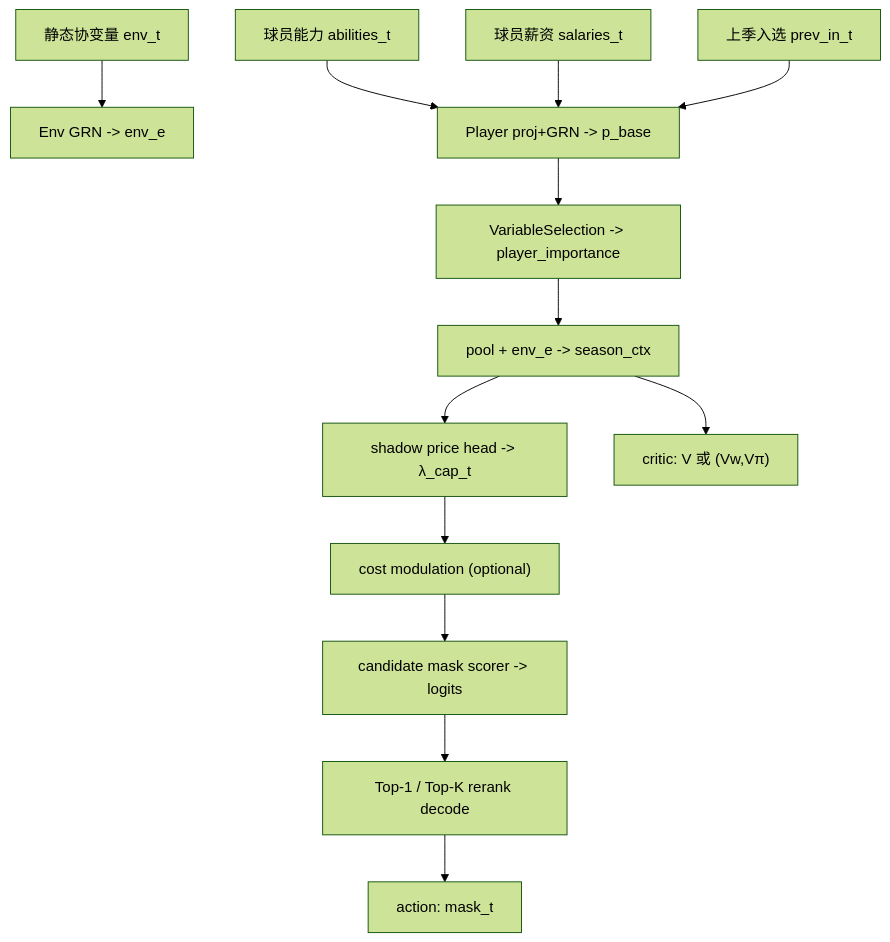
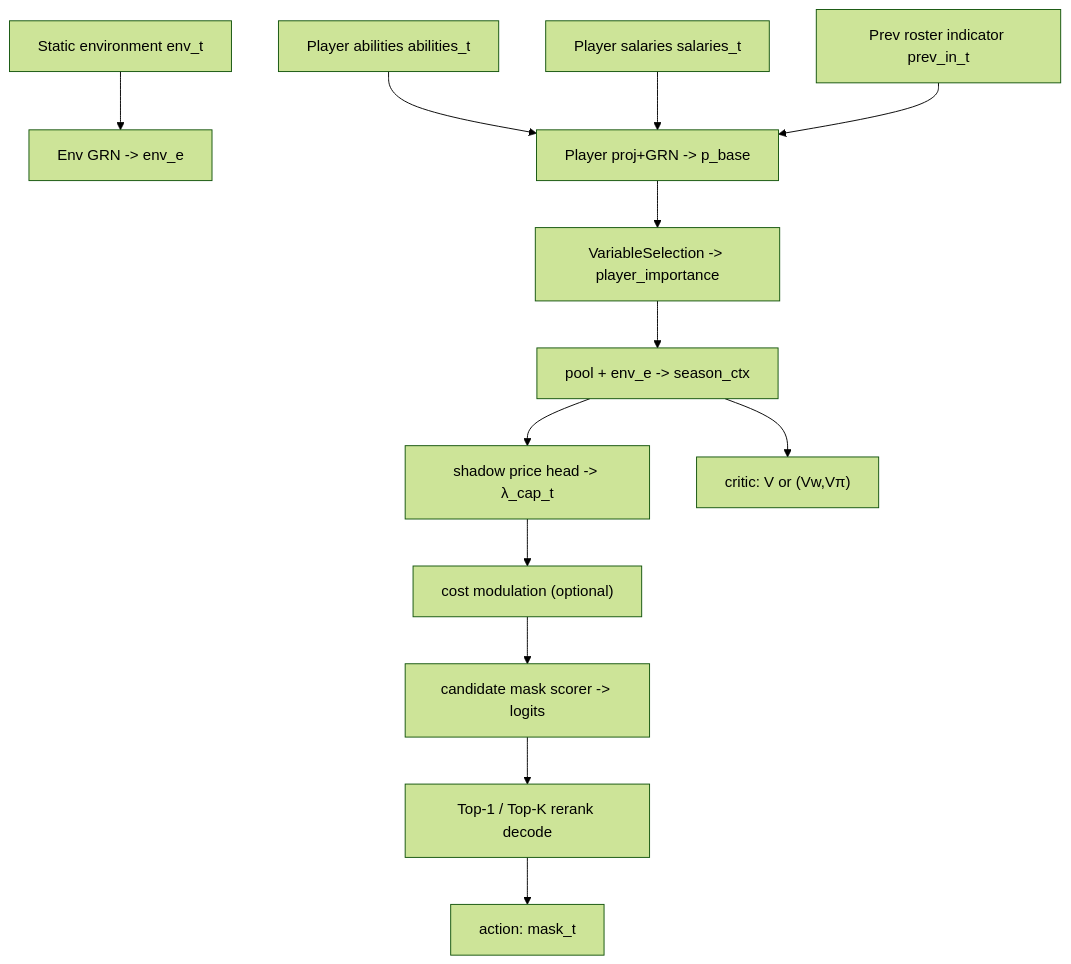
One commit to haomingbai/mcm_2026_d changed the diagram in nn_solution.md. Above: the diagram before and after it, drawn with Mermaid (forest theme). The commit also changed other lines of this file and 12 other files, not shown here.

````diff
--- a/nn_solution.md
+++ b/nn_solution.md
@@ -81,18 +84,18 @@
 ```mermaid
 flowchart TD
-   A["静态协变量 env_t"] --> EnvGRN["Env GRN -> env_e"]
-   B["球员能力 abilities_t"] --> PlayerEmb["Player proj+GRN -> p_base"]
-   C["球员薪资 salaries_t"] --> PlayerEmb
-   D["上季入选 prev_in_t"] --> PlayerEmb
+   A["Static environment env_t"] --> EnvGRN["Env GRN -> env_e"]
+   B["Player abilities abilities_t"] --> PlayerEmb["Player proj+GRN -> p_base"]
+   C["Player salaries salaries_t"] --> PlayerEmb
+   D["Prev roster indicator prev_in_t"] --> PlayerEmb
 
    PlayerEmb --> VarSel["VariableSelection -> player_importance"]
    VarSel --> Ctx["pool + env_e -> season_ctx"]
 
    Ctx --> Lambda["shadow price head -> λ_cap_t"]
    Lambda --> Mod["cost modulation (optional)"]
    Mod --> Scorer["candidate mask scorer -> logits"]
    Scorer --> Decode["Top-1 / Top-K rerank decode"]
    Decode --> Act["action: mask_t"]
 
-   Ctx --> Critic["critic: V 或 (Vw,Vπ)"]
+   Ctx --> Critic["critic: V or (Vw,Vπ)"]
 ```
````
